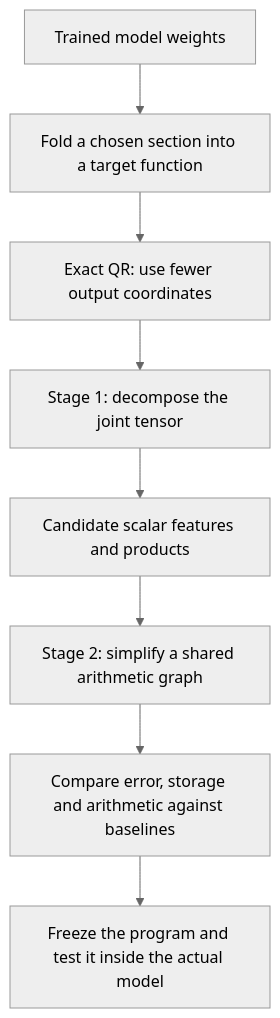
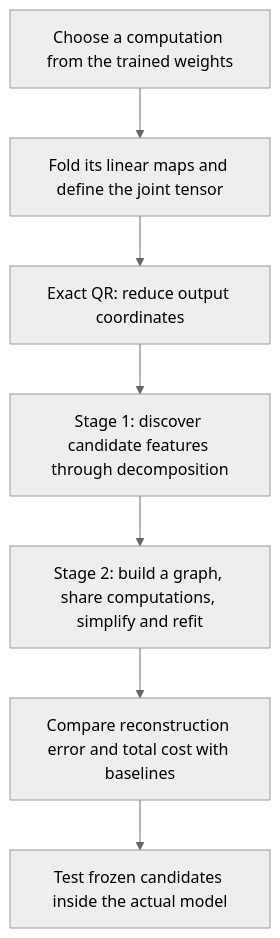
One commit to loganriggs/tensor_language changed the first of 2 diagrams in basis_aligned/polynomial_causal/explanations/for_logan/research_update_2026-09-21_0104_full_coverage_and_shared_baselines.md. Above: the diagram before and after it, drawn with Mermaid (neutral theme). The commit also changed other lines of this file and 12 other files, not shown here.

````diff
--- a/basis_aligned/polynomial_causal/explanations/for_logan/research_update_2026-09-21_0104_full_coverage_and_shared_baselines.md
+++ b/basis_aligned/polynomial_causal/explanations/for_logan/research_update_2026-09-21_0104_full_coverage_and_shared_baselines.md
@@ -13,10 +11,9 @@
 ```mermaid
 flowchart TD
-    A[Trained model weights] --> B[Fold a chosen section into a target function]
-    B --> C[Exact QR: use fewer output coordinates]
-    C --> D[Stage 1: decompose the joint tensor]
-    D --> E[Candidate scalar features and products]
-    E --> F[Stage 2: simplify a shared arithmetic graph]
-    F --> G[Compare error, storage and arithmetic against baselines]
-    G --> H[Freeze the program and test it inside the actual model]
+    A[Choose a computation from the trained weights] --> B[Fold its linear maps and define the joint tensor]
+    B --> C[Exact QR: reduce output coordinates]
+    C --> D[Stage 1: discover candidate features through decomposition]
+    D --> E[Stage 2: build a graph, share computations, simplify and refit]
+    E --> F[Compare reconstruction error and total cost with baselines]
+    F --> G[Test frozen candidates inside the actual model]
 ```
````
